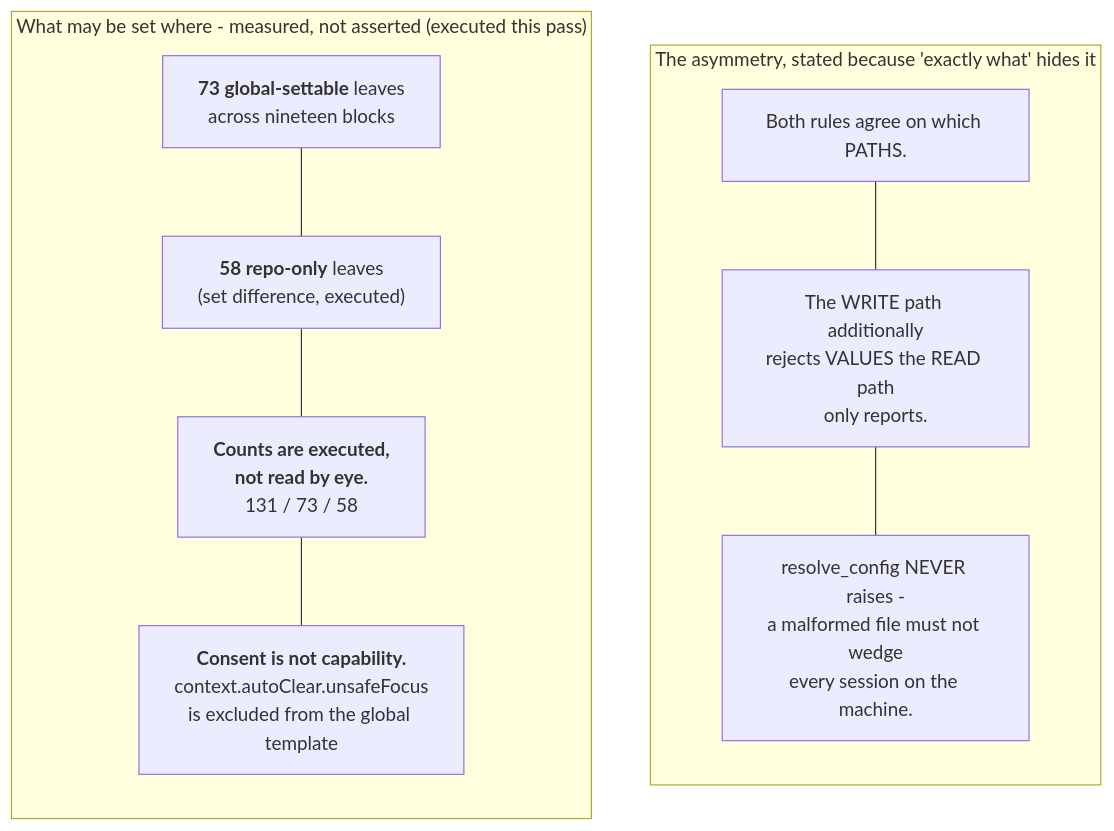
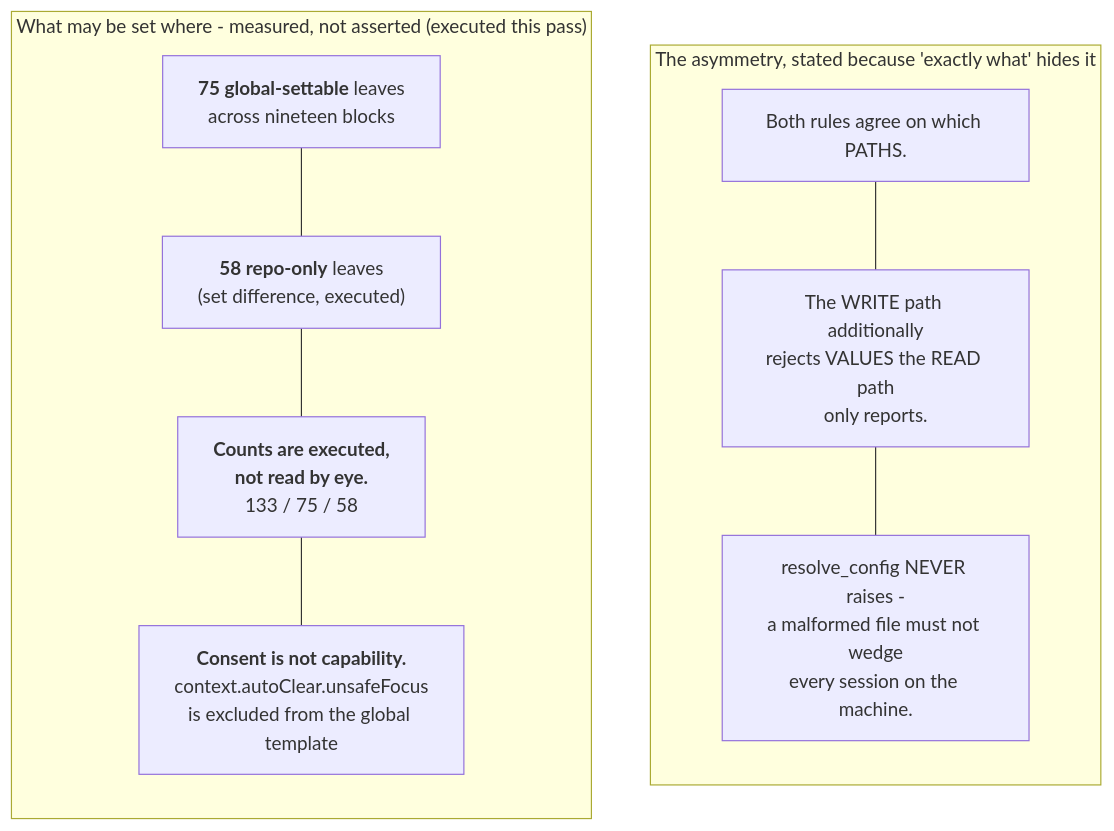
One commit to mbadali25/useful-claude-add-ons changed the eighth of 36 diagrams in docs/diagrams/README.md. Above: the diagram before and after it, drawn with Mermaid. The commit also changed other lines of this file and 9 other files, not shown here.

````diff
--- a/docs/diagrams/README.md
+++ b/docs/diagrams/README.md
@@ -355,20 +355,20 @@
 ```mermaid
 flowchart TB
 
     subgraph Asym["The asymmetry, stated because 'exactly what' hides it"]
         direction TB
         A1["Both rules agree on which PATHS."]
         A2["The WRITE path additionally<br/>rejects VALUES the READ path<br/>only reports."]
         A3["resolve_config NEVER raises -<br/>a malformed file must not wedge<br/>every session on the machine."]
         A1 --- A2 --- A3
     end
 
     subgraph Split["What may be set where - measured, not asserted (executed this pass)"]
         direction TB
-        S1["<b>73 global-settable</b> leaves<br/>across nineteen blocks"]
+        S1["<b>75 global-settable</b> leaves<br/>across nineteen blocks"]
         S2["<b>58 repo-only</b> leaves<br/>(set difference, executed)"]
-        S3["<b>Counts are executed,</b><br/><b>not read by eye.</b><br/>131 / 73 / 58"]
+        S3["<b>Counts are executed,</b><br/><b>not read by eye.</b><br/>133 / 75 / 58"]
         S4["<b>Consent is not capability.</b><br/>context.autoClear.unsafeFocus<br/>is excluded from the global template"]
         S1 --- S2 --- S3 --- S4
     end
 ```
````
